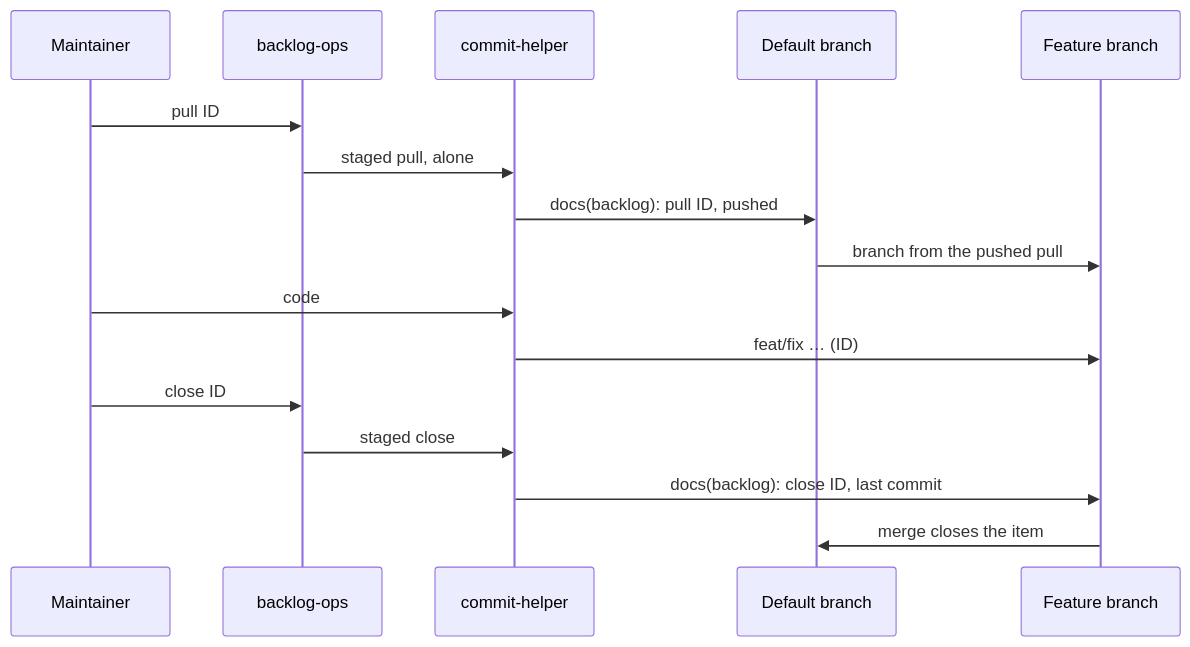
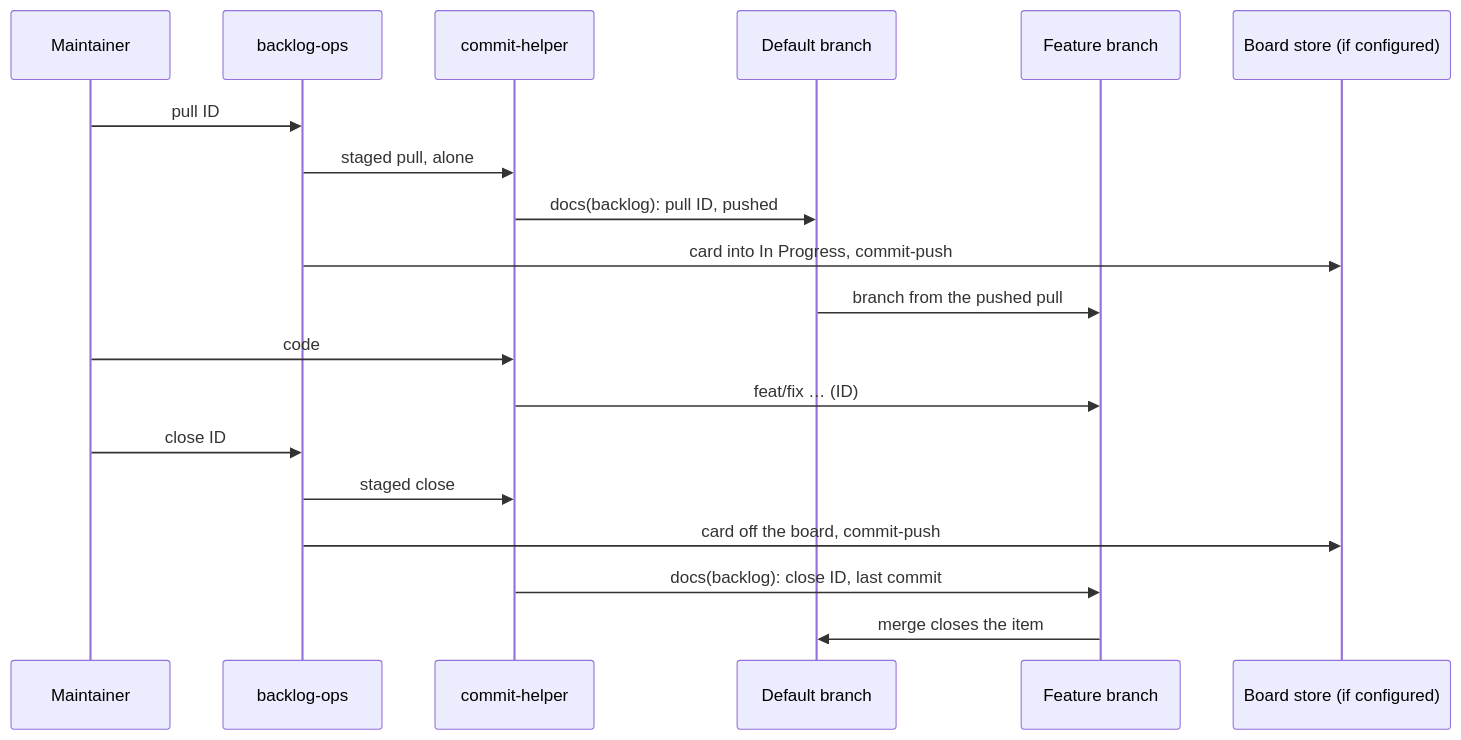
The fifth of 8 diagrams in docs/architecture.md (xxthunder/xxthunder-agentic-skills), drawn with Mermaid before and after one commit. The commit also changed other lines of this file and 3 other files, not shown here.

First line of the commit message:
docs(architecture): the board as its own store; backlog-ops moves cards (XAS-046)

````diff
--- a/docs/architecture.md
+++ b/docs/architecture.md
@@ -190,18 +195,21 @@
 ```mermaid
 sequenceDiagram
     participant U as Maintainer
     participant B as backlog-ops
     participant C as commit-helper
     participant D as Default branch
     participant F as Feature branch
+    participant K as Board store (if configured)
     U->>B: pull ID
     B->>C: staged pull, alone
     C->>D: docs(backlog): pull ID, pushed
+    B->>K: card into In Progress, commit-push
     D->>F: branch from the pushed pull
     U->>C: code
     C->>F: feat/fix … (ID)
     U->>B: close ID
     B->>C: staged close
+    B->>K: card off the board, commit-push
     C->>F: docs(backlog): close ID, last commit
     F->>D: merge closes the item
 ```
````
